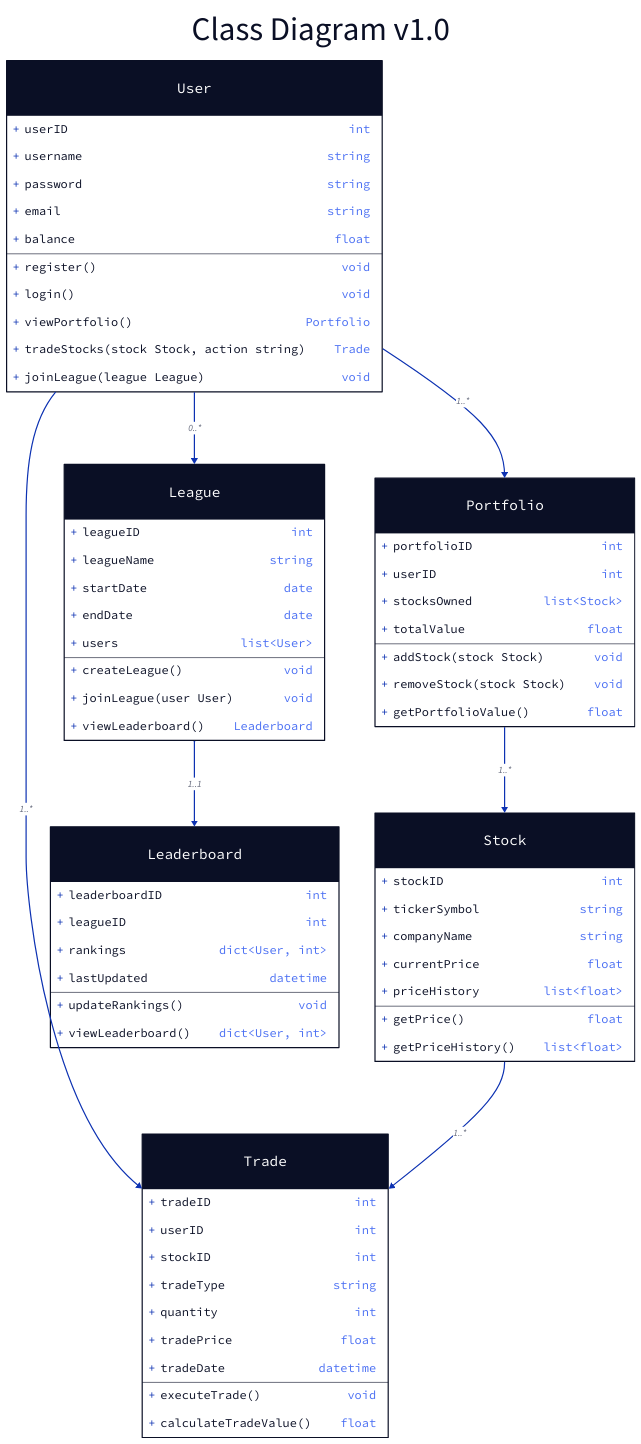
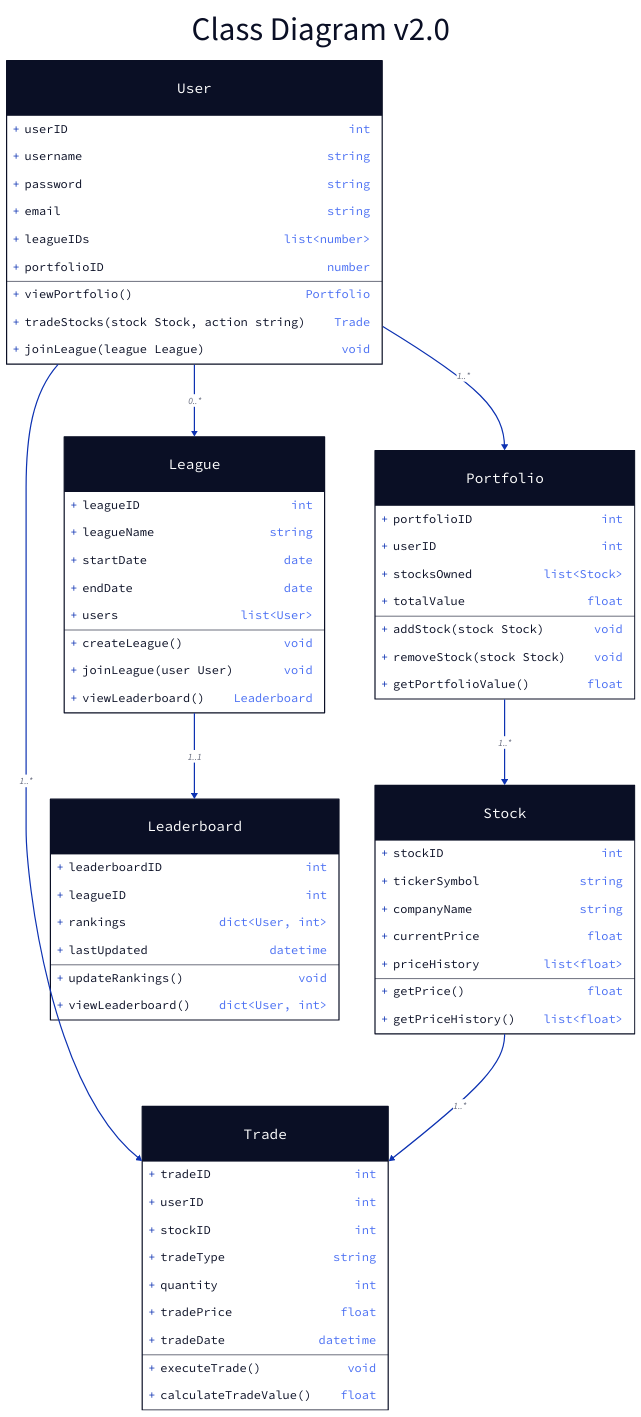
Before and after one commit to ricky-yosh/market-league: the diagram in documentation/class-diagram.d2, drawn with D2. The commit also changed other lines of this file and 33 other files, not shown here.

```diff
--- a/documentation/class-diagram.d2
+++ b/documentation/class-diagram.d2
@@ -1,110 +1,107 @@
-# Class Diagram v1.0
+title: "Class Diagram v2.0" {
+  shape: text
+  near: top-center
+  style: {
+    font-size: 55
+  }
+}
 
-title: "Class Diagram v1.0" {
-    shape: text
-    near: top-center
-    style: {
-      font-size: 55
-    }
-  }
-  
-  # ######################
-  # #   Entities Setup  ##
-  # ######################
-  # Key:
-  # + --> Public 
-  # - --> Private
-  # # --> Protected
-  # 1..1: Exactly one. A one-to-one relationship.
-  # 0..1: Zero or one. A nullable one-to-one relationship.
-  # 1..*: One or more. A one-to-many relationship where at least one exists.
-  # 0..*: Zero or more. A one-to-many relationship that allows for none to exist.
-  # * or many: Many-to-many relationship, allowing multiple instances on both sides.
-  
-  User: {
-    shape: class
-    + userID: int
-    + username: string
-    + password: string
-    + email: string
-    + balance: float
-  
-    + register(): void
-    + login(): void
-    + viewPortfolio(): Portfolio
-    + tradeStocks(stock Stock, action string): Trade
-    + joinLeague(league League): void
-  }
-  
-  Stock: {
-    shape: class
-    + stockID: int
-    + tickerSymbol: string
-    + companyName: string
-    + currentPrice: float
-    + priceHistory: list<float>
-  
-    + getPrice(): float
-    + getPriceHistory(): list<float>
-  }
-  
-  Portfolio: {
-    shape: class
-    + portfolioID: int
-    + userID: int
-    + stocksOwned: list<Stock>
-    + totalValue: float
-  
-    + addStock(stock Stock): void
-    + removeStock(stock Stock): void
-    + getPortfolioValue(): float
-  }
-  
-  Trade: {
-    shape: class
-    + tradeID: int
-    + userID: int
-    + stockID: int
-    + tradeType: string
-    + quantity: int
-    + tradePrice: float
-    + tradeDate: datetime
-  
-    + executeTrade(): void
-    + calculateTradeValue(): float
-  }
-  
-  League: {
-    shape: class
-    + leagueID: int
-    + leagueName: string
-    + startDate: date
-    + endDate: date
-    + users: list<User>
-  
-    + createLeague(): void
-    + joinLeague(user User): void
-    + viewLeaderboard(): Leaderboard
-  }
-  
-  Leaderboard: {
-    shape: class
-    + leaderboardID: int
-    + leagueID: int
-    + rankings: dict<User, int>
-    + lastUpdated: datetime
-  
-    + updateRankings(): void
-    + viewLeaderboard(): dict<User, int>
-  }
-  
-  # ######################
-  # #    Entities End   ##
-  # ######################
-  
-  User -> Portfolio: "1..*"
-  Portfolio -> Stock: "1..*"
-  User -> Trade: "1..*"
-  Stock -> Trade: "1..*"
-  User -> League: "0..*"
-  League -> Leaderboard: "1..1"
+# ######################
+# #   Entities Setup  ##
+# ######################
+# Key:
+# + --> Public 
+# - --> Private
+# # --> Protected
+# 1..1: Exactly one. A one-to-one relationship.
+# 0..1: Zero or one. A nullable one-to-one relationship.
+# 1..*: One or more. A one-to-many relationship where at least one exists.
+# 0..*: Zero or more. A one-to-many relationship that allows for none to exist.
+# * or many: Many-to-many relationship, allowing multiple instances on both sides.
+
+User: {
+  shape: class
+  + userID: int
+  + username: string
+  + password: string
+  + email: string
+  + leagueIDs: list<number>
+  + portfolioID: number
+
+  + viewPortfolio(): Portfolio
+  + tradeStocks(stock Stock, action string): Trade
+  + joinLeague(league League): void
+}
+
+Stock: {
+  shape: class
+  + stockID: int
+  + tickerSymbol: string
+  + companyName: string
+  + currentPrice: float
+  + priceHistory: list<float>
+
+  + getPrice(): float
+  + getPriceHistory(): list<float>
+}
+
+Portfolio: {
+  shape: class
+  + portfolioID: int
+  + userID: int
+  + stocksOwned: list<Stock>
+  + totalValue: float
+
+  + addStock(stock Stock): void
+  + removeStock(stock Stock): void
+  + getPortfolioValue(): float
+}
+
+Trade: {
+  shape: class
+  + tradeID: int
+  + userID: int
+  + stockID: int
+  + tradeType: string
+  + quantity: int
+  + tradePrice: float
+  + tradeDate: datetime
+
+  + executeTrade(): void
+  + calculateTradeValue(): float
+}
+
+League: {
+  shape: class
+  + leagueID: int
+  + leagueName: string
+  + startDate: date
+  + endDate: date
+  + users: list<User>
+
+  + createLeague(): void
+  + joinLeague(user User): void
+  + viewLeaderboard(): Leaderboard
+}
+
+Leaderboard: {
+  shape: class
+  + leaderboardID: int
+  + leagueID: int
+  + rankings: dict<User, int>
+  + lastUpdated: datetime
+
+  + updateRankings(): void
+  + viewLeaderboard(): dict<User, int>
+}
+
+# ######################
+# #    Entities End   ##
+# ######################
+
+User -> Portfolio: "1..*"
+Portfolio -> Stock: "1..*"
+User -> Trade: "1..*"
+Stock -> Trade: "1..*"
+User -> League: "0..*"
+League -> Leaderboard: "1..1"
```
